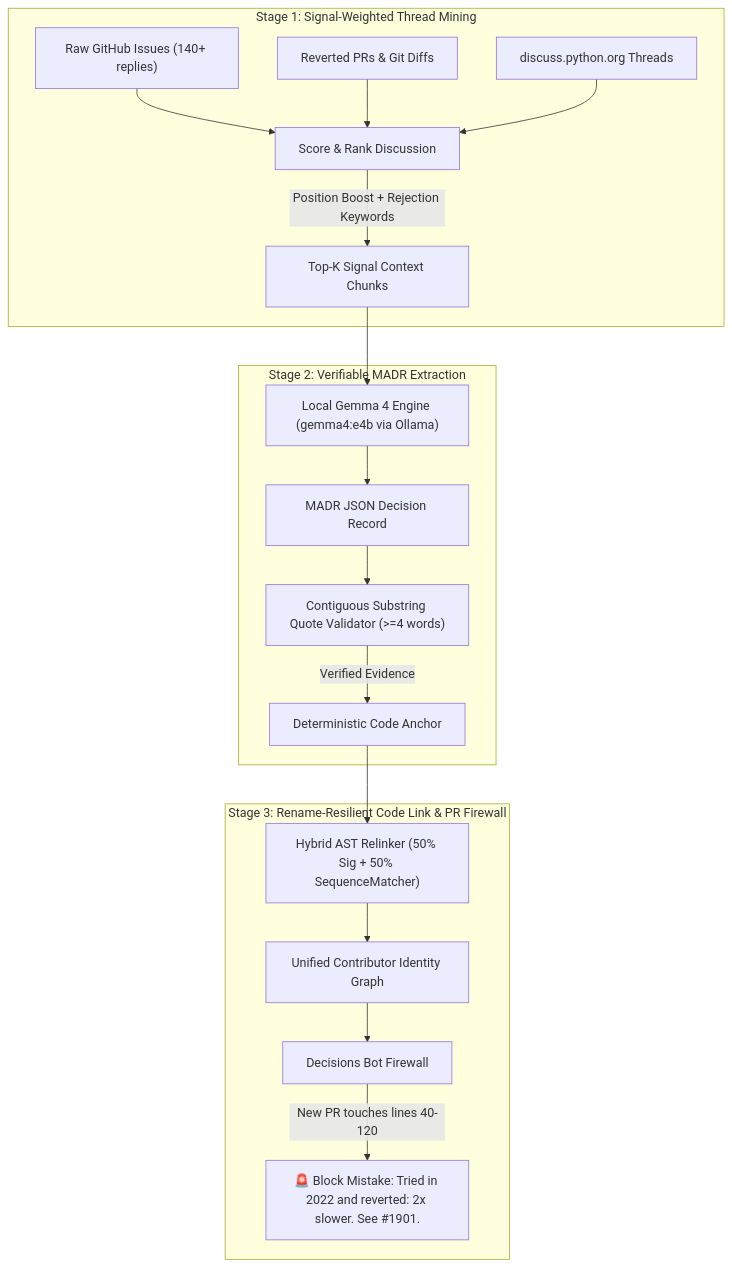
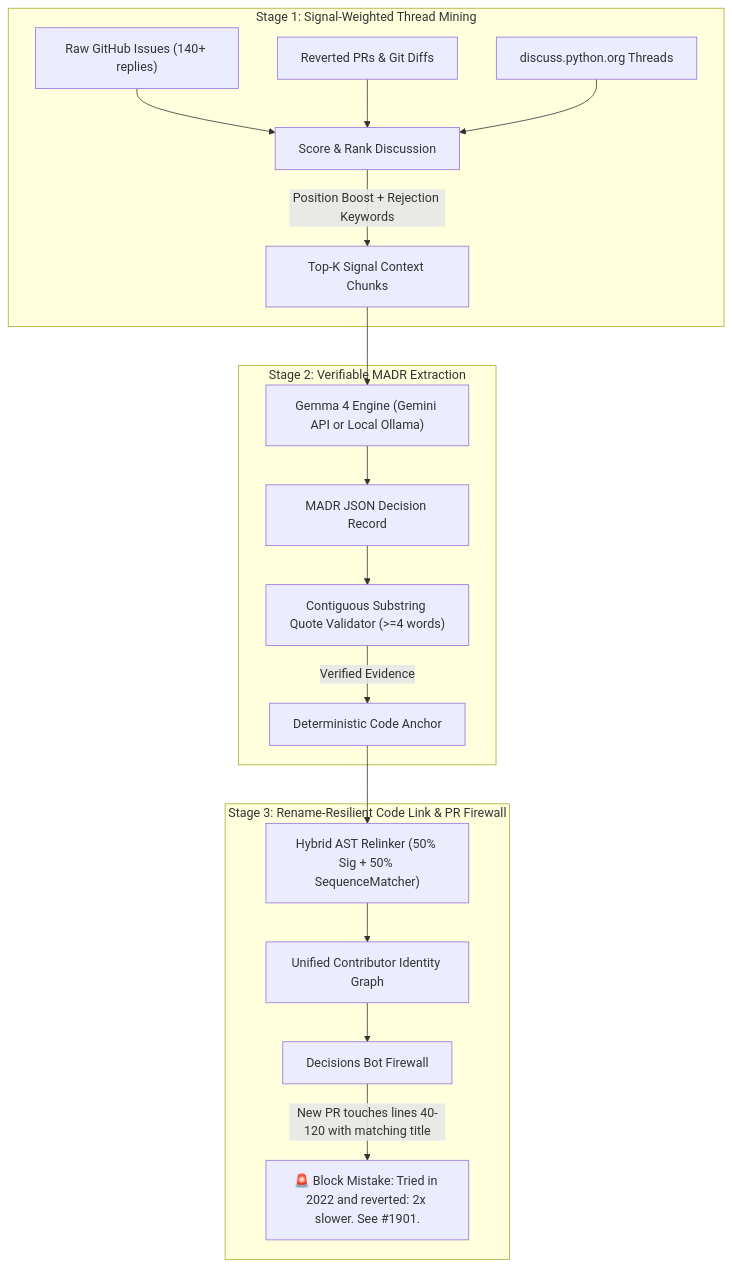
The diagram in README.md (sudhanshukhetan/aethergit), drawn with Mermaid before and after one commit. The commit also changed other lines of this file, not shown here.

First line of the commit message:
docs(readme): document live Gemma 4 mode, API keys, and AI disclosures

````diff
--- a/README.md
+++ b/README.md
@@ -44,23 +44,23 @@
 ```mermaid
 flowchart TD
     subgraph S1["Stage 1: Signal-Weighted Thread Mining"]
         A["Raw GitHub Issues (140+ replies)"] --> D["Score & Rank Discussion"]
         B["Reverted PRs & Git Diffs"] --> D
         C["discuss.python.org Threads"] --> D
         D -->|"Position Boost + Rejection Keywords"| E["Top-K Signal Context Chunks"]
     end
 
     subgraph S2["Stage 2: Verifiable MADR Extraction"]
-        E --> F["Local Gemma 4 Engine (gemma4:e4b via Ollama)"]
+        E --> F["Gemma 4 Engine (Gemini API or Local Ollama)"]
         F --> G["MADR JSON Decision Record"]
         G --> H["Contiguous Substring Quote Validator (>=4 words)"]
         H -->|"Verified Evidence"| I["Deterministic Code Anchor"]
     end
 
     subgraph S3["Stage 3: Rename-Resilient Code Link & PR Firewall"]
         I --> J["Hybrid AST Relinker (50% Sig + 50% SequenceMatcher)"]
         J --> K["Unified Contributor Identity Graph"]
         K --> L["Decisions Bot Firewall"]
-        L -->|"New PR touches lines 40-120"| M["🚨 Block Mistake: Tried in 2022 and reverted: 2x slower. See #1901."]
+        L -->|"New PR touches lines 40-120 with matching title"| M["🚨 Block Mistake: Tried in 2022 and reverted: 2x slower. See #1901."]
     end
 ```
````
